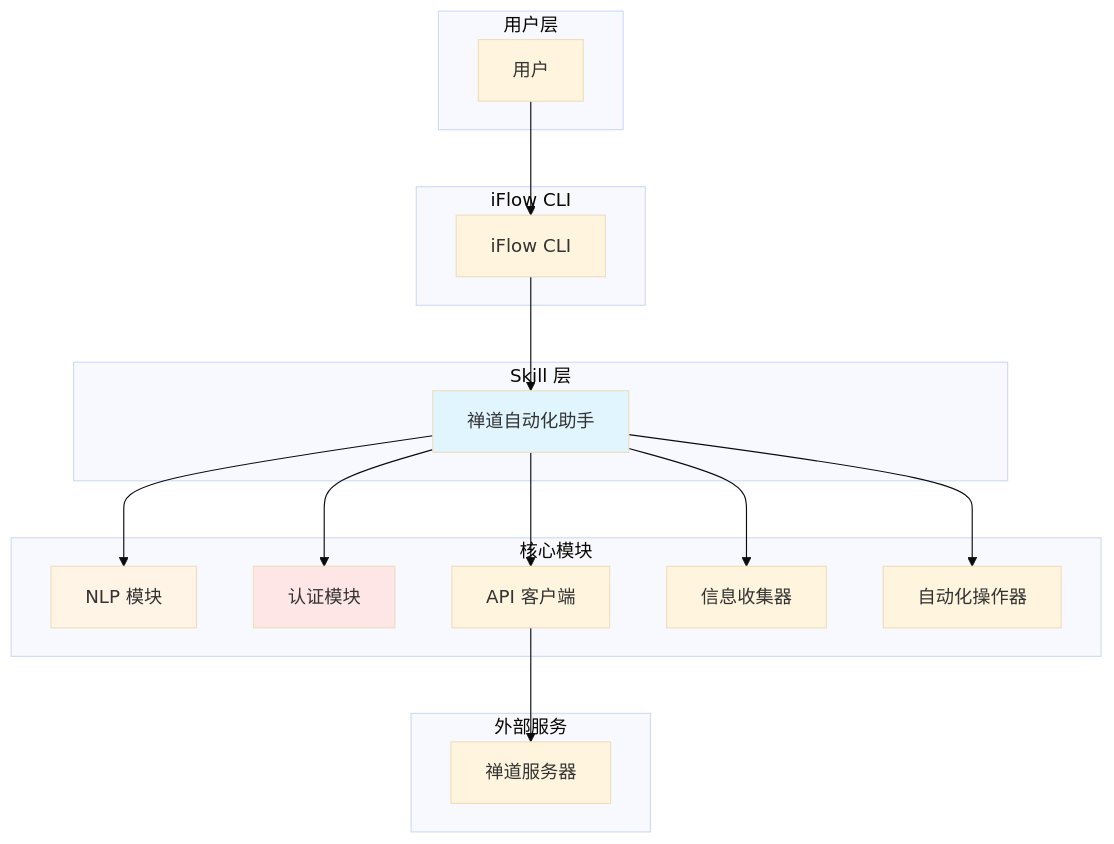
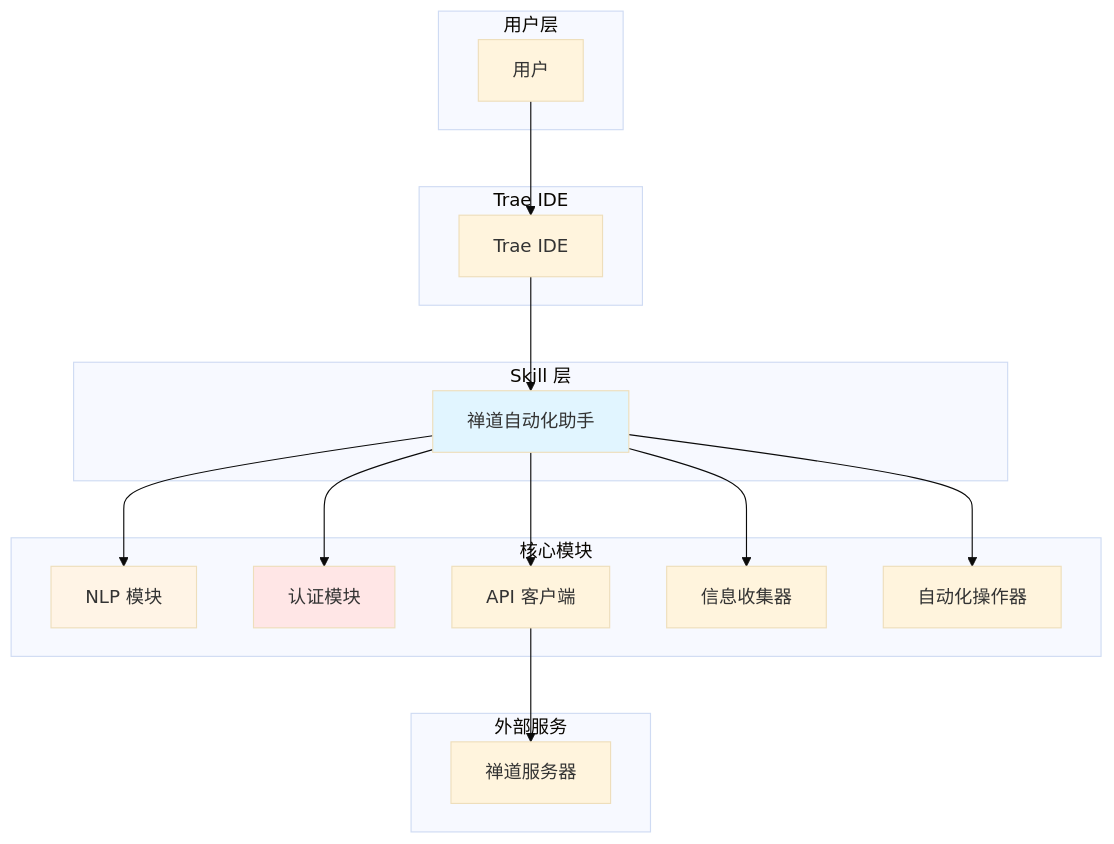
Before and after one commit to Zaxuk/Project-Z: the first of 4 diagrams in ZTools/docs/design/architecture.md, drawn with Mermaid (base theme). The commit also changed other lines of this file and 5 other files, not shown here.

````diff
--- a/ZTools/docs/design/architecture.md
+++ b/ZTools/docs/design/architecture.md
@@ -7,39 +7,39 @@
 ```mermaid
 graph TB
     subgraph "用户层"
         User[用户]
     end
 
-    subgraph "iFlow CLI"
-        IFlow[iFlow CLI]
+    subgraph "Trae IDE"
+        Trae[Trae IDE]
     end
 
     subgraph "Skill 层"
         ZentaoHelper[禅道自动化助手]
     end
 
     subgraph "核心模块"
         NLP[NLP 模块]
         Auth[认证模块]
         API[API 客户端]
         Collectors[信息收集器]
         Automators[自动化操作器]
     end
 
     subgraph "外部服务"
         Zentao[禅道服务器]
     end
 
-    User --> IFlow
-    IFlow --> ZentaoHelper
+    User --> Trae
+    Trae --> ZentaoHelper
     ZentaoHelper --> NLP
     ZentaoHelper --> Auth
     ZentaoHelper --> API
     ZentaoHelper --> Collectors
     ZentaoHelper --> Automators
     API --> Zentao
 
     style ZentaoHelper fill:#e1f5ff
     style NLP fill:#fff4e6
     style Auth fill:#ffe6e6
 ```
````
